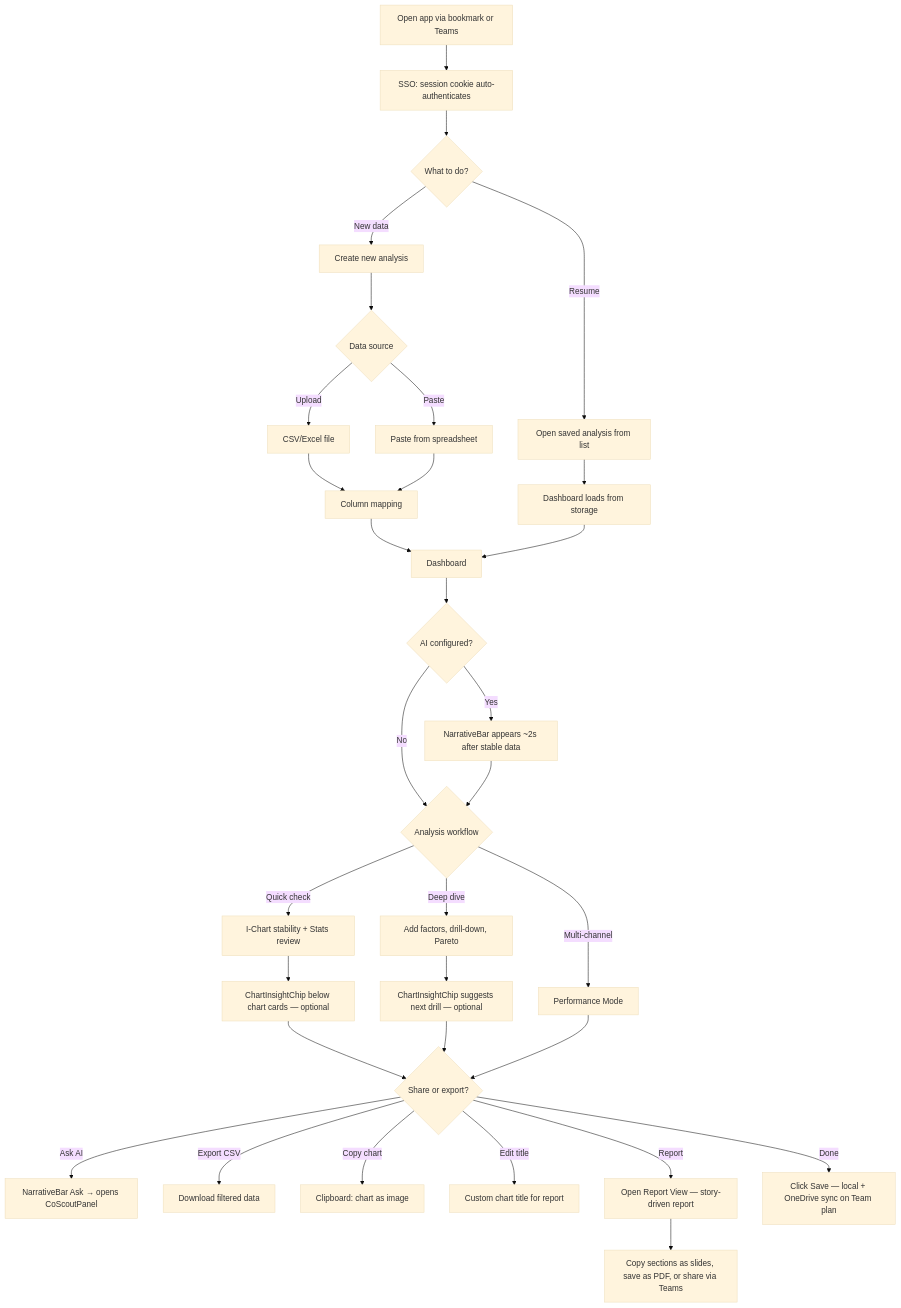
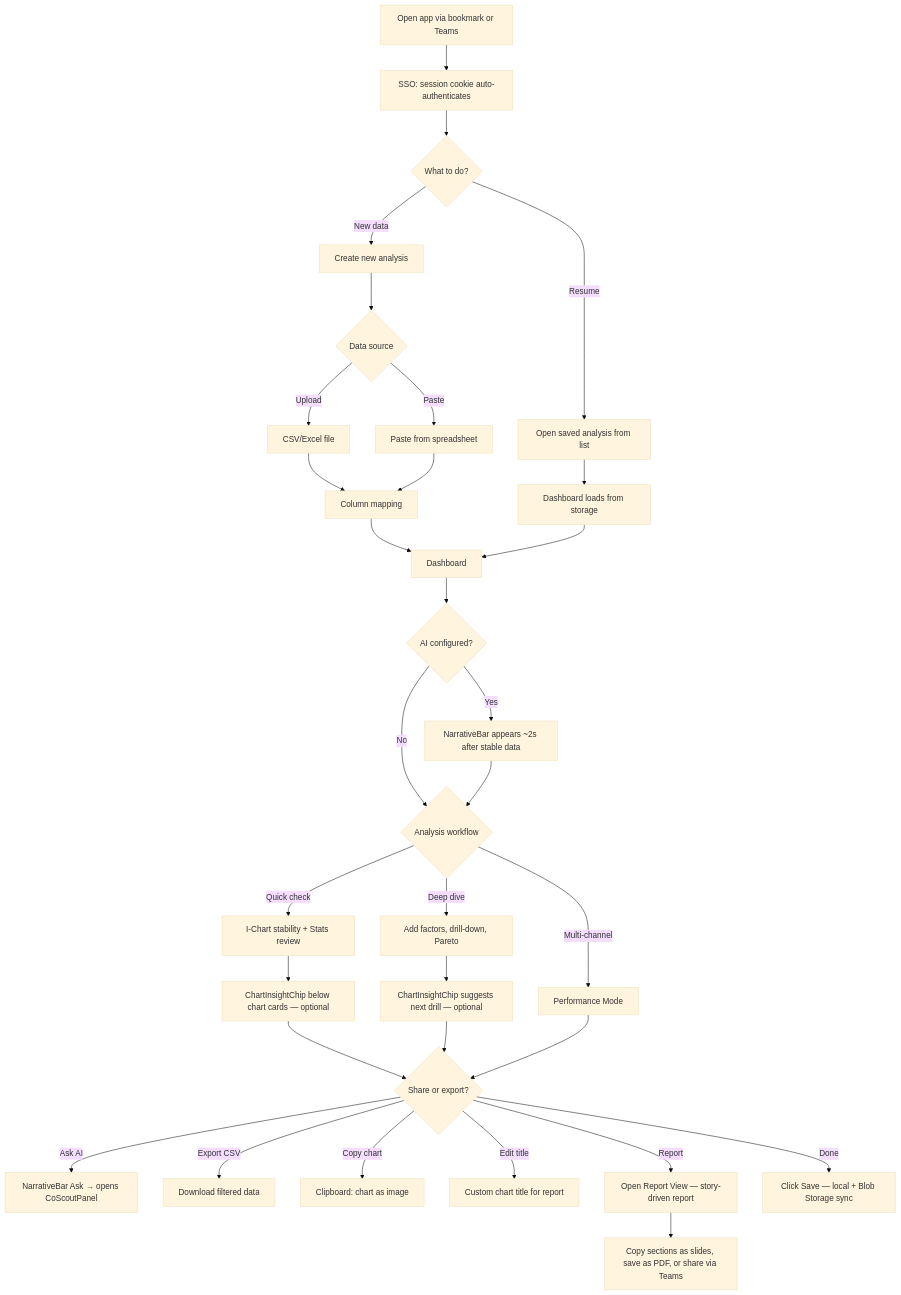
The first of 2 diagrams in docs/02-journeys/flows/azure-daily-use.md (jukka-matti/variscout), drawn with Mermaid (base theme) before and after one commit. The commit also changed other lines of this file and 55 other files, not shown here.

````diff
--- a/docs/02-journeys/flows/azure-daily-use.md
+++ b/docs/02-journeys/flows/azure-daily-use.md
@@ -42,34 +42,34 @@
 ```mermaid
 flowchart TD
     A[Open app via bookmark or Teams] --> B[SSO: session cookie auto-authenticates]
     B --> C{What to do?}
     C -->|Resume| D[Open saved analysis from list]
     C -->|New data| E[Create new analysis]
     D --> F[Dashboard loads from storage]
     E --> G{Data source}
     G -->|Upload| H[CSV/Excel file]
     G -->|Paste| I[Paste from spreadsheet]
     H --> J[Column mapping]
     I --> J
     J --> K[Dashboard]
     F --> K
     K --> K2{AI configured?}
     K2 -->|Yes| K3[NarrativeBar appears ~2s after stable data]
     K2 -->|No| L
     K3 --> L{Analysis workflow}
     L -->|Quick check| M[I-Chart stability + Stats review]
     L -->|Deep dive| N[Add factors, drill-down, Pareto]
     L -->|Multi-channel| O[Performance Mode]
     M --> M2[ChartInsightChip below chart cards — optional]
     M2 --> P{Share or export?}
     N --> N2[ChartInsightChip suggests next drill — optional]
     N2 --> P
     O --> P
     P -->|Ask AI| P2[NarrativeBar Ask → opens CoScoutPanel]
     P -->|Export CSV| Q[Download filtered data]
     P -->|Copy chart| R[Clipboard: chart as image]
     P -->|Edit title| S[Custom chart title for report]
     P -->|Report| U[Open Report View — story-driven report]
     U --> U2[Copy sections as slides, save as PDF, or share via Teams]
-    P -->|Done| T[Click Save — local + OneDrive sync on Team plan]
+    P -->|Done| T[Click Save — local + Blob Storage sync]
 ```
````
